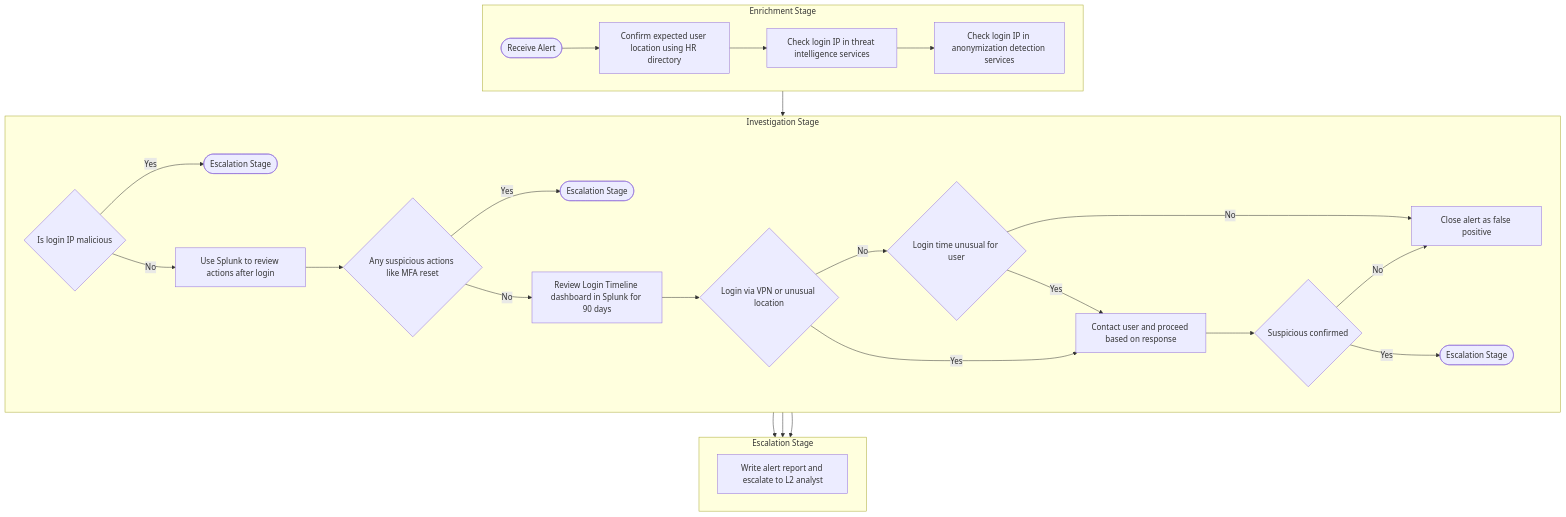
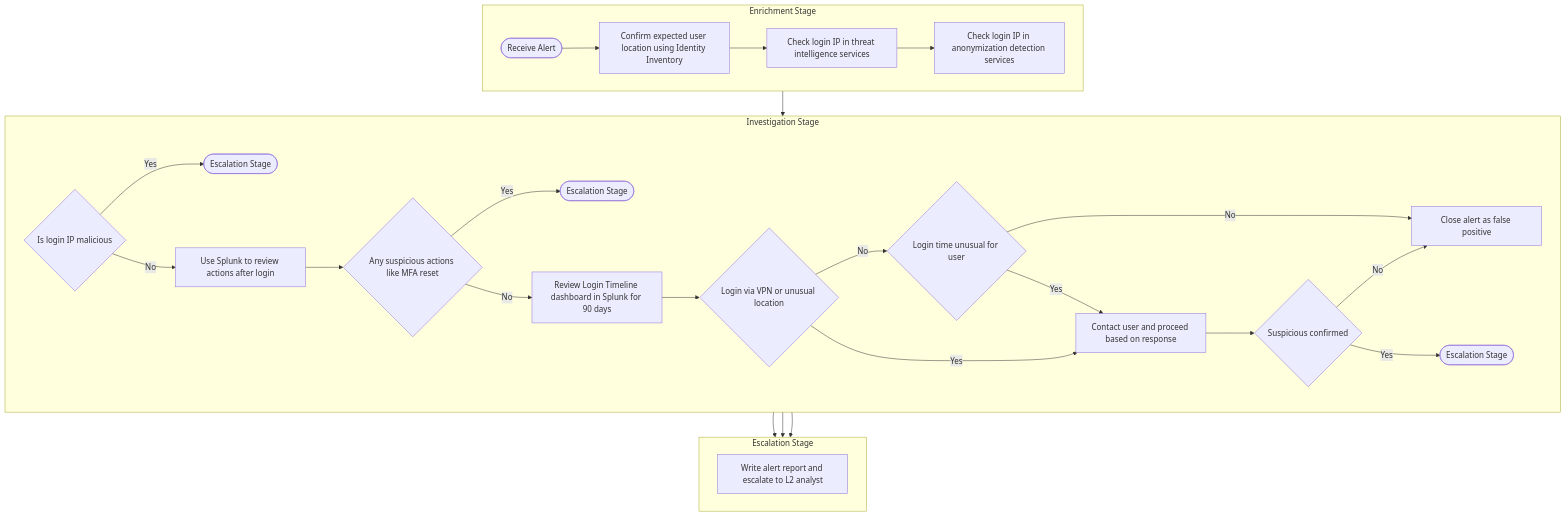
One commit to aparnaa19/SOC changed the diagram in 02-basics/Workbooks.md. Above: the diagram before and after it, drawn with Mermaid.

````diff
--- a/02-basics/Workbooks.md
+++ b/02-basics/Workbooks.md
@@ -89,40 +89,40 @@
 ```mermaid
 flowchart TB
 
 subgraph ENRICHMENT["Enrichment Stage"]
 direction LR
-A([Receive Alert]) --> B[Confirm expected user location using HR directory]
+A([Receive Alert]) --> B[Confirm expected user location using Identity Inventory]
 B --> C[Check login IP in threat intelligence services]
 C --> D[Check login IP in anonymization detection services]
 end
 
 subgraph INVESTIGATION["Investigation Stage"]
 direction LR
 D --> E{Is login IP malicious}
 E -- Yes --> ESC_R([Escalation Stage])
 
 E -- No --> F[Use Splunk to review actions after login]
 F --> G{Any suspicious actions like MFA reset}
 G -- Yes --> ESC_L([Escalation Stage])
 
 G -- No --> H[Review Login Timeline dashboard in Splunk for 90 days]
 H --> I{Login via VPN or unusual location}
 I -- No --> J{Login time unusual for user}
 J -- No --> FP[Close alert as false positive]
 
 J -- Yes --> K[Contact user and proceed based on response]
 K --> DEC{Suspicious confirmed}
 DEC -- No --> FP
 DEC -- Yes --> ESC_B([Escalation Stage])
 
 I -- Yes --> K
 end
 
 subgraph ESCALATION["Escalation Stage"]
 direction LR
 ESC_R --> L[Write alert report and escalate to L2 analyst]
 ESC_L --> L
 ESC_B --> L
 end
 
 ```
````
